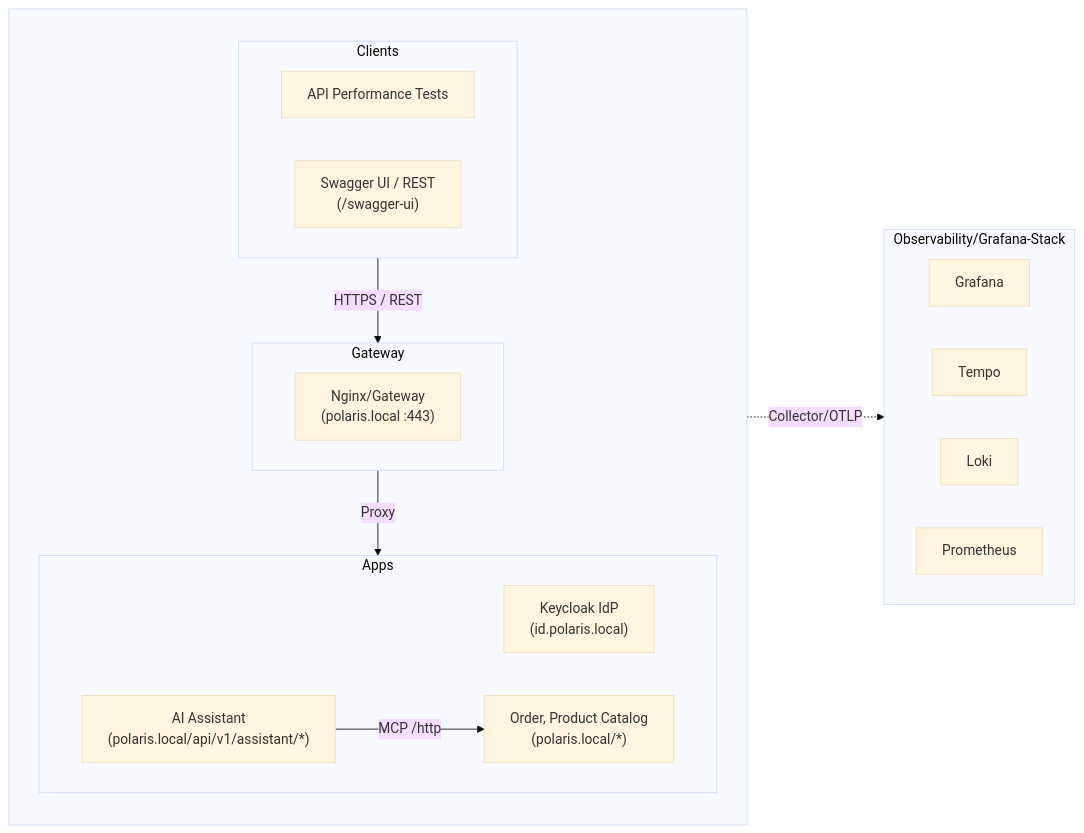
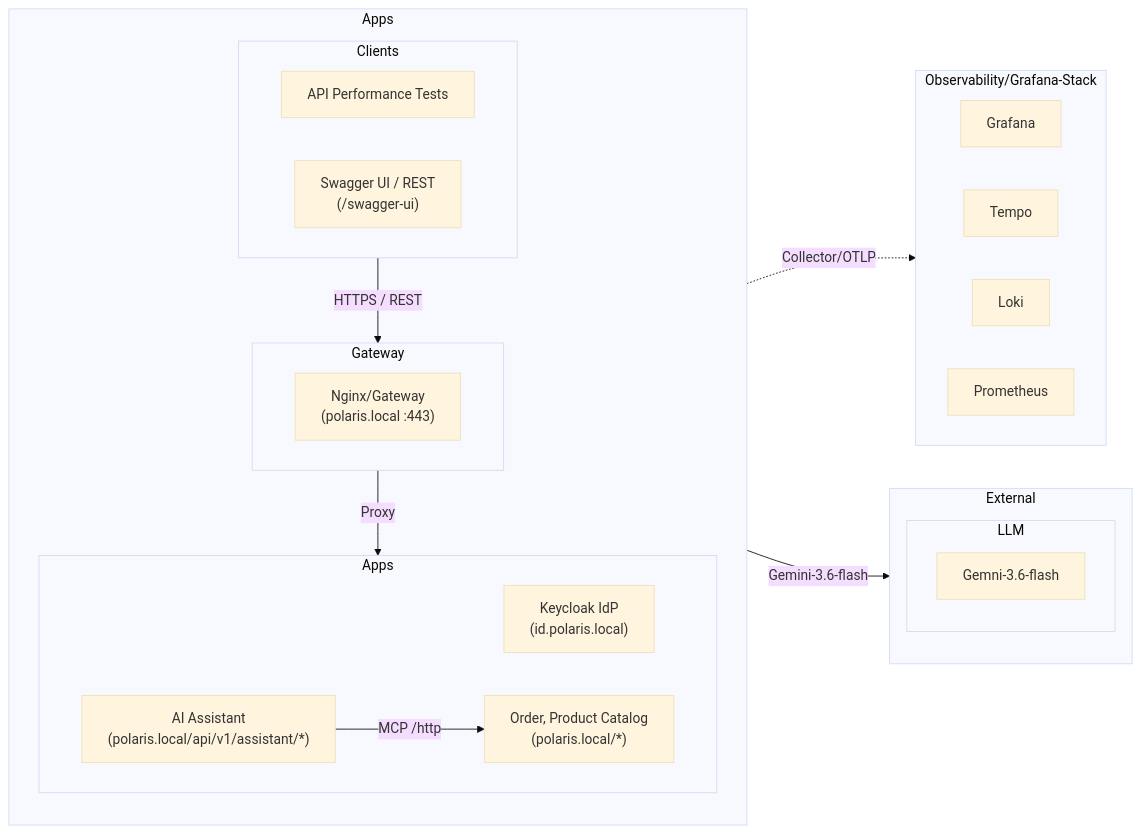
Before and after one commit to vungdv/hometask1: the diagram in src/java/03-Polaris/README.md, drawn with Mermaid (base theme). The commit also changed 13 other files, not shown here.

````diff
--- a/src/java/03-Polaris/README.md
+++ b/src/java/03-Polaris/README.md
@@ -36,31 +36,38 @@
 ```mermaid
 flowchart LR
+    subgraph External["External"]
+        direction TB
+        subgraph LLM["LLM"]
+            Gemini-3.6-flash["Gemni-3.6-flash"]
+        end
+    end
     subgraph Observability["Observability/Grafana-Stack"]
         direction LR
         Grafana["Grafana"]
         Tempo["Tempo"]
         Loki["Loki"]
         Prometheus["Prometheus"]
     end
-    subgraph Main[" "]
+    subgraph Main["Apps"]
         direction TB
         subgraph L1["Clients"]
             direction LR
             k6["API Performance Tests"]
             SwaggerUI["Swagger UI / REST<br/>(/swagger-ui)"]
         end
         subgraph L2["Gateway"]
             Nginx["Nginx/Gateway<br/>(polaris.local :443)"]
         end
         subgraph L3["Apps"]
             direction LR
             Keycloak["Keycloak IdP<br/>(id.polaris.local)"]
             Polaris-App["Order, Product Catalog<br/>(polaris.local/*)"]
             Polaris-Assistant["AI Assistant<br/>(polaris.local/api/v1/assistant/*)"]
         end
     end
     L1 -->|HTTPS / REST| L2
     L2 -->|Proxy| L3
     Polaris-Assistant -->|MCP /http| Polaris-App
     Main -.->|Collector/OTLP| Observability
+    Polaris-Assistant -->|Gemini-3.6-flash| Gemini-3.6-flash
 ```
````
